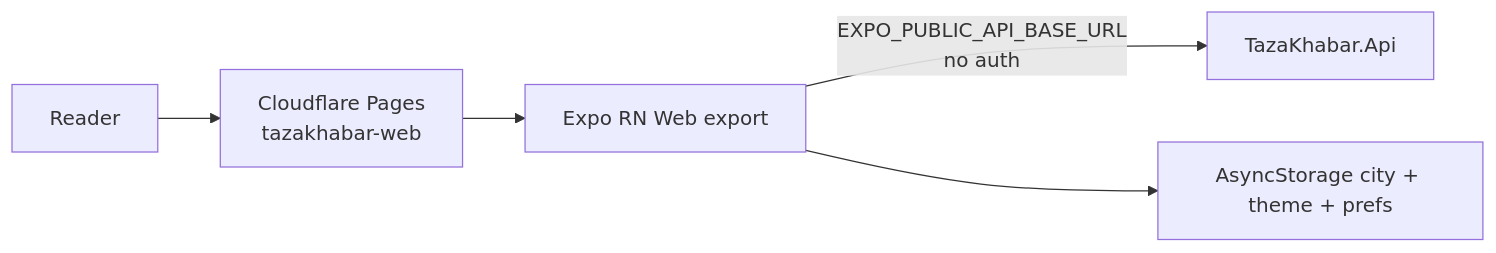
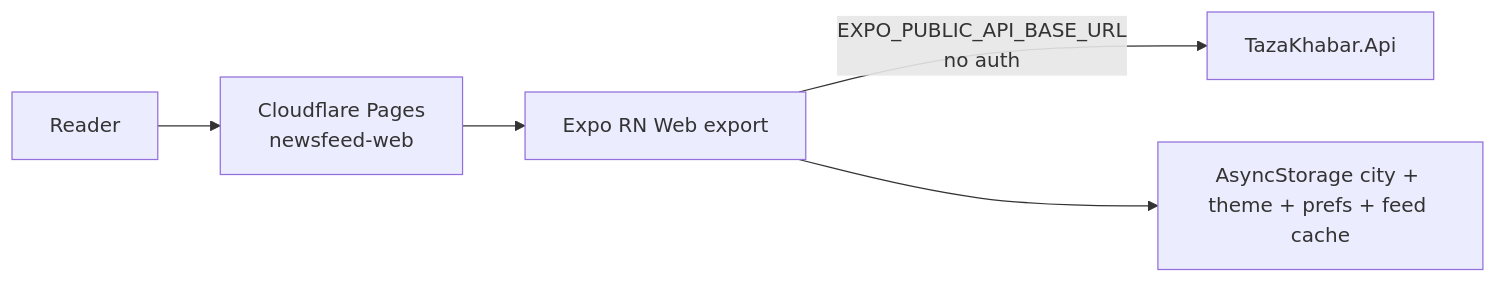
The first of 2 diagrams in docs/architecture/06-reader-app.md (sshivanshg/TAZAkhabar), drawn with Mermaid before and after one commit. The commit also changed other lines of this file and 40 other files, not shown here.

````diff
--- a/docs/architecture/06-reader-app.md
+++ b/docs/architecture/06-reader-app.md
@@ -32,7 +37,7 @@
 ```mermaid
 flowchart LR
-  User[Reader] --> Pages[Cloudflare Pages<br/>tazakhabar-web]
+  User[Reader] --> Pages[Cloudflare Pages<br/>newsfeed-web]
   Pages --> Expo[Expo RN Web export]
   Expo -->|EXPO_PUBLIC_API_BASE_URL<br/>no auth| API[TazaKhabar.Api]
-  Expo --> Storage[AsyncStorage city + theme + prefs]
+  Expo --> Storage[AsyncStorage city + theme + prefs + feed cache]
 ```
````
